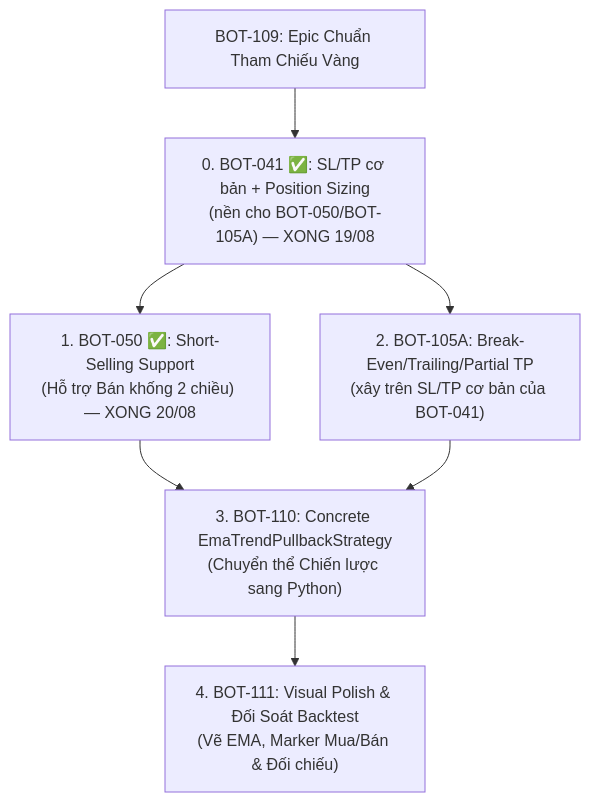
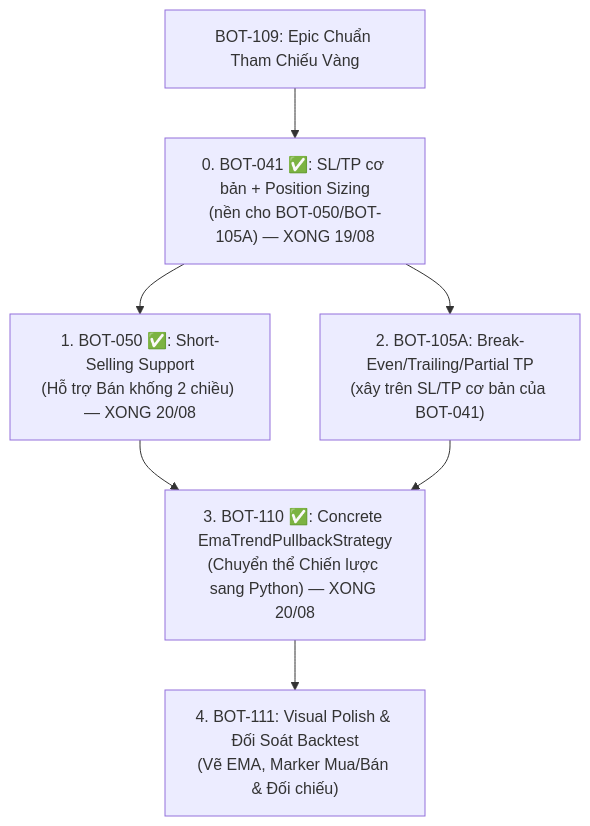
Before and after one commit to anhembedded/Sagittarius_Elite_Warrior: the diagram in Tasks/backlog/BOT-109_golden_strategy_ema_trend_confirm_pullback_epic.md, drawn with Mermaid. The commit also changed other lines of this file and 16 other files, not shown here.

````diff
--- a/Tasks/backlog/BOT-109_golden_strategy_ema_trend_confirm_pullback_epic.md
+++ b/Tasks/backlog/BOT-109_golden_strategy_ema_trend_confirm_pullback_epic.md
@@ -144,9 +144,9 @@
 ```mermaid
 graph TD
     A["BOT-109: Epic Chuẩn Tham Chiếu Vàng"] --> Z["0. BOT-041 ✅: SL/TP cơ bản + Position Sizing<br/>(nền cho BOT-050/BOT-105A) — XONG 19/08"]
     Z --> B["1. BOT-050 ✅: Short-Selling Support<br/>(Hỗ trợ Bán khống 2 chiều) — XONG 20/08"]
     Z --> C["2. BOT-105A: Break-Even/Trailing/Partial TP<br/>(xây trên SL/TP cơ bản của BOT-041)"]
-    B --> D["3. BOT-110: Concrete EmaTrendPullbackStrategy<br/>(Chuyển thể Chiến lược sang Python)"]
+    B --> D["3. BOT-110 ✅: Concrete EmaTrendPullbackStrategy<br/>(Chuyển thể Chiến lược sang Python) — XONG 20/08"]
     C --> D
     D --> E["4. BOT-111: Visual Polish & Đối Soát Backtest<br/>(Vẽ EMA, Marker Mua/Bán & Đối chiếu)"]
 ```
````
